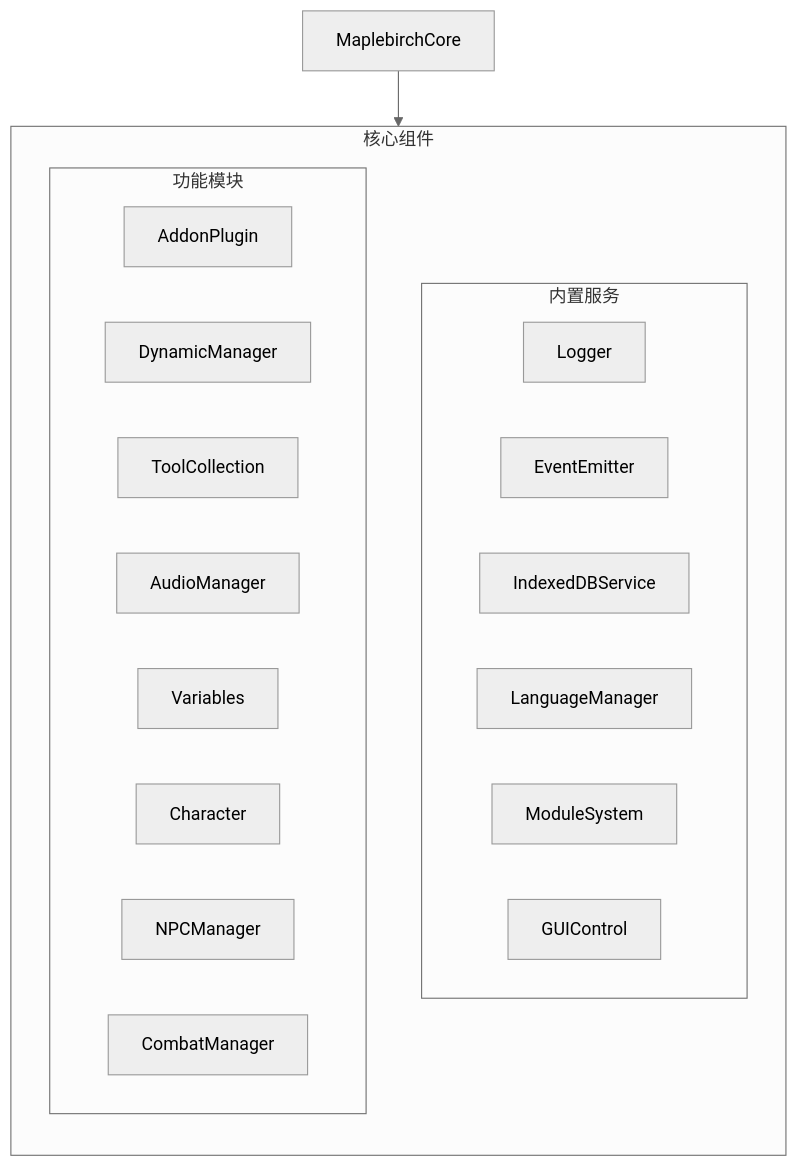
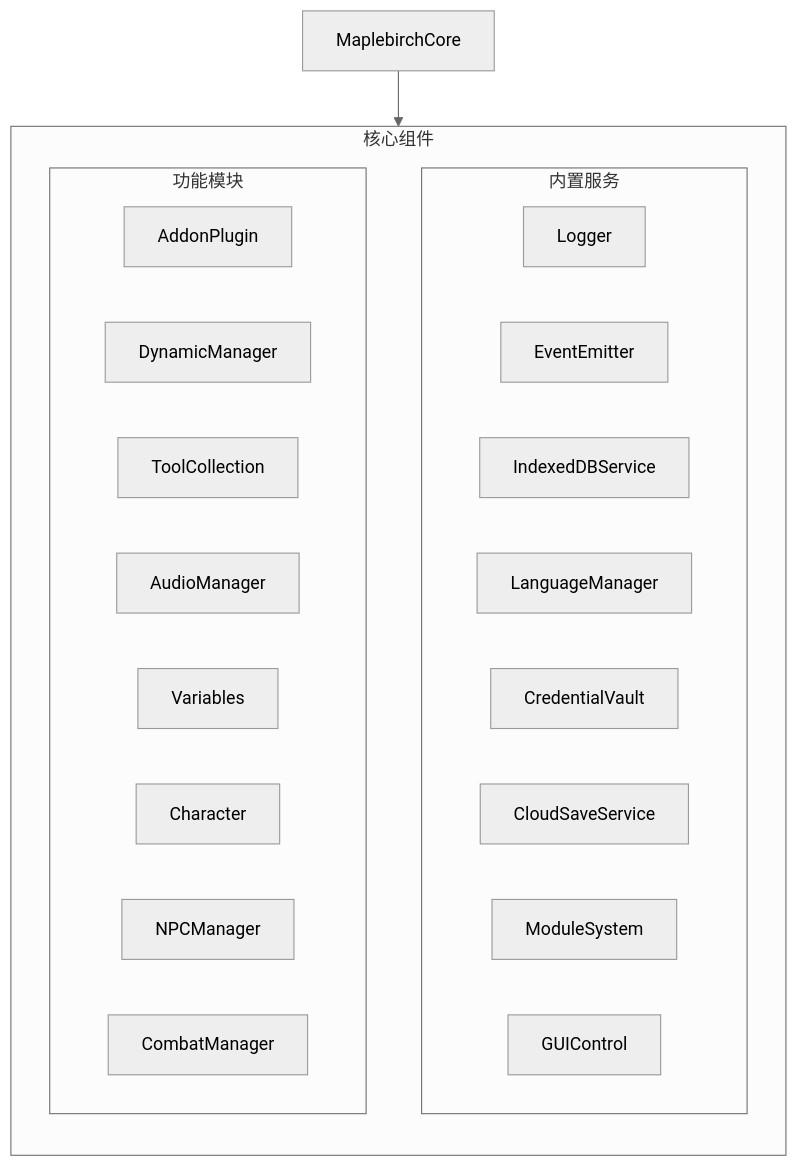
The first of 4 diagrams in docs/zh/maplebirch/architecture.md (Muromi-Rikka/scml-website), drawn with Mermaid (neutral theme) before and after one commit. The commit also changed other lines of this file and 5 other files, not shown here.

Commit message:
docs: update framework overview, architecture, and services for v4.0.2

````diff
--- a/docs/zh/maplebirch/architecture.md
+++ b/docs/zh/maplebirch/architecture.md
@@ -9,26 +9,28 @@
 ```mermaid
 flowchart TB
   Core["MaplebirchCore"]
   subgraph components [核心组件]
     direction TB
     subgraph services [内置服务]
       Logger
       EventEmitter
       IndexedDBService
       LanguageManager
+      CredentialVault
+      CloudSaveService
       ModuleSystem
       GUIControl
     end
     subgraph modules [功能模块]
       AddonPlugin
       DynamicManager
       ToolCollection
       AudioManager
       Variables
       Character
       NPCManager
       CombatManager
     end
   end
   Core --> components
 ```
````
